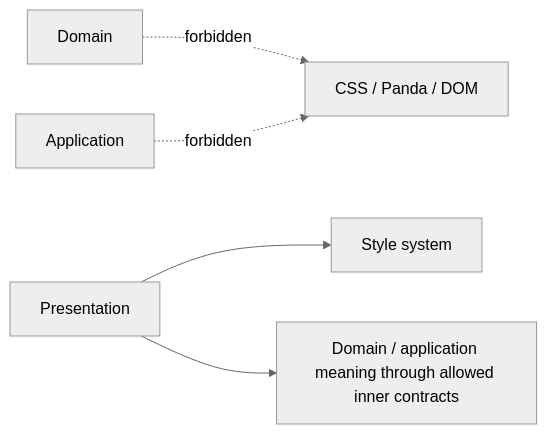
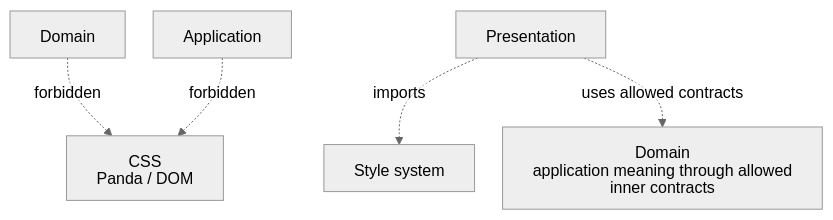
The first of 2 diagrams in architecture/styles/onion-architecture/5-styling-and-animation.md (AndresTaoFlorez/software-architecture), drawn with Mermaid (neutral theme) before and after one commit. The commit also changed other lines of this file and 79 other files, not shown here.

````diff
--- a/architecture/styles/onion-architecture/5-styling-and-animation.md
+++ b/architecture/styles/onion-architecture/5-styling-and-animation.md
@@ -32,7 +38,8 @@
 ```mermaid
-flowchart LR
-    D["Domain"] -. forbidden .-> CSS["CSS / Panda / DOM"]
+%%{init: {"htmlLabels": false, "flowchart": {"htmlLabels": false, "nodeSpacing": 28, "rankSpacing": 48, "diagramPadding": 20, "wrappingWidth": 280}, "sequence": {"wrap": true, "diagramMarginX": 20, "diagramMarginY": 20}}}%%
+flowchart TB
+    D["Domain"] -. forbidden .-> CSS["CSS<br/>Panda / DOM"]
     A["Application"] -. forbidden .-> CSS
-    P["Presentation"] --> STYLE["Style system"]
-    P --> INNER["Domain / application meaning through allowed inner contracts"]
+    P["Presentation"] -. "imports" .-> STYLE["Style system"]
+    P -. "uses allowed contracts" .-> INNER["Domain<br/>application meaning through allowed inner contracts"]
 ```
````
